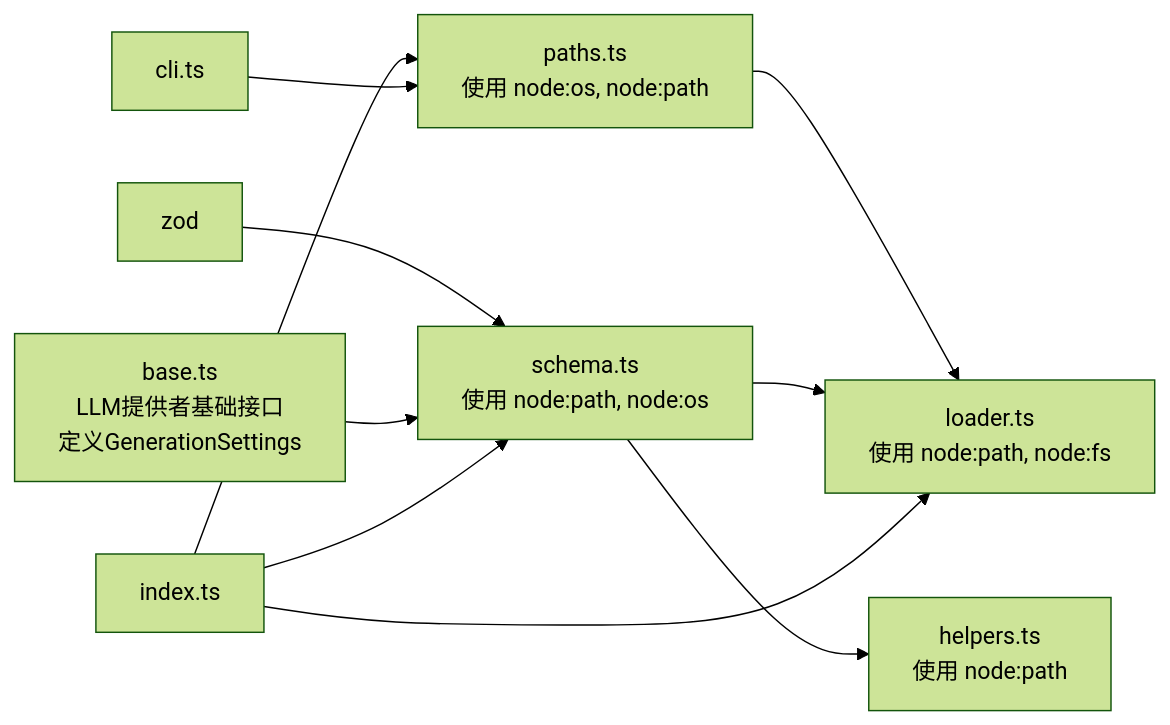
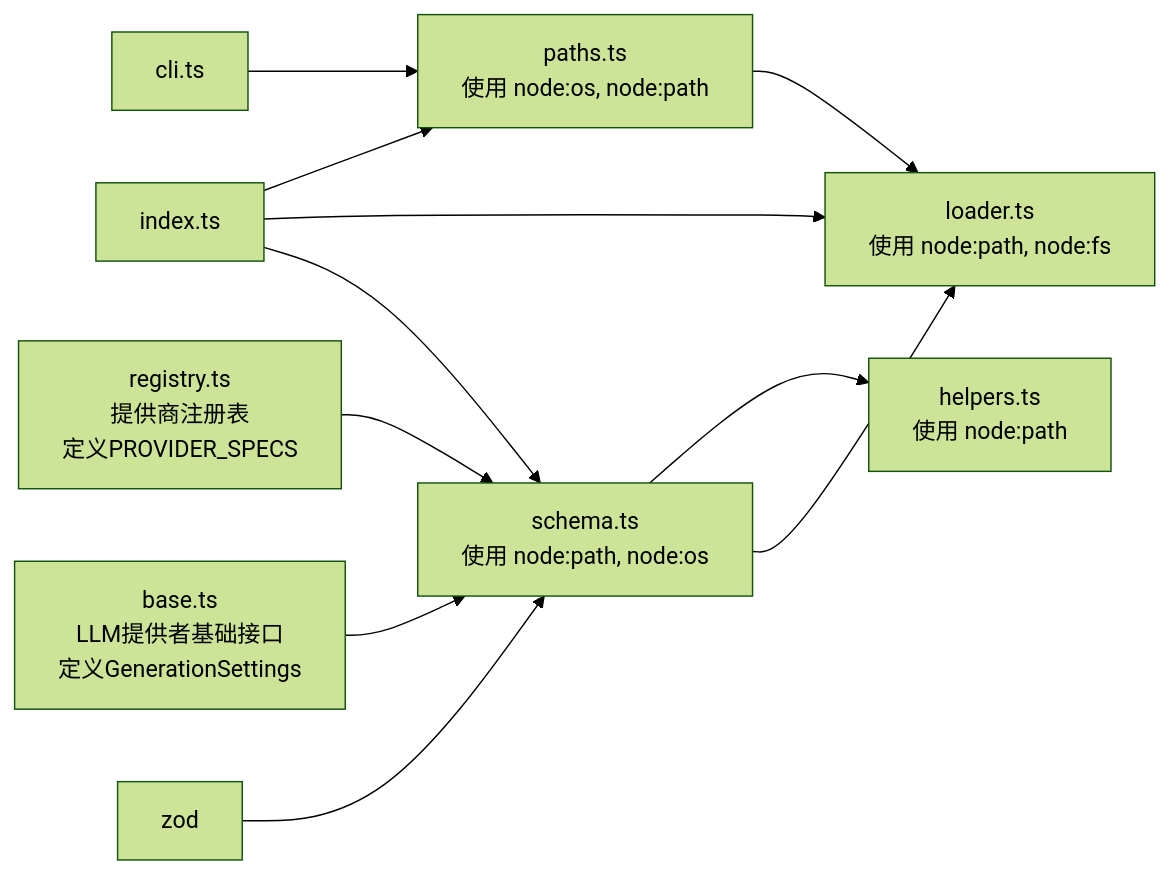
Before and after one commit to neciszhang/batbot: the third of 3 diagrams in .qoder/repowiki/zh/content/配置系统/配置模式定义.md, drawn with Mermaid (forest theme). The commit also changed other lines of this file and 13 other files, not shown here.

````diff
--- a/.qoder/repowiki/zh/content/配置系统/配置模式定义.md
+++ b/.qoder/repowiki/zh/content/配置系统/配置模式定义.md
@@ -362,12 +416,13 @@
 ```mermaid
 graph LR
 Z["zod"] --> SCHEMA["schema.ts<br/>使用 node:path, node:os"]
 PATHS["paths.ts<br/>使用 node:os, node:path"] --> LOADER["loader.ts<br/>使用 node:path, node:fs"]
 SCHEMA --> LOADER
 SCHEMA --> HELPERS["helpers.ts<br/>使用 node:path"]
 BASE["base.ts<br/>LLM提供者基础接口<br/>定义GenerationSettings"] --> SCHEMA
+REGISTRY["registry.ts<br/>提供商注册表<br/>定义PROVIDER_SPECS"] --> SCHEMA
 INDEX["index.ts"] --> SCHEMA
 INDEX --> LOADER
 INDEX --> PATHS
 CLI["cli.ts"] --> PATHS
 ```
````
